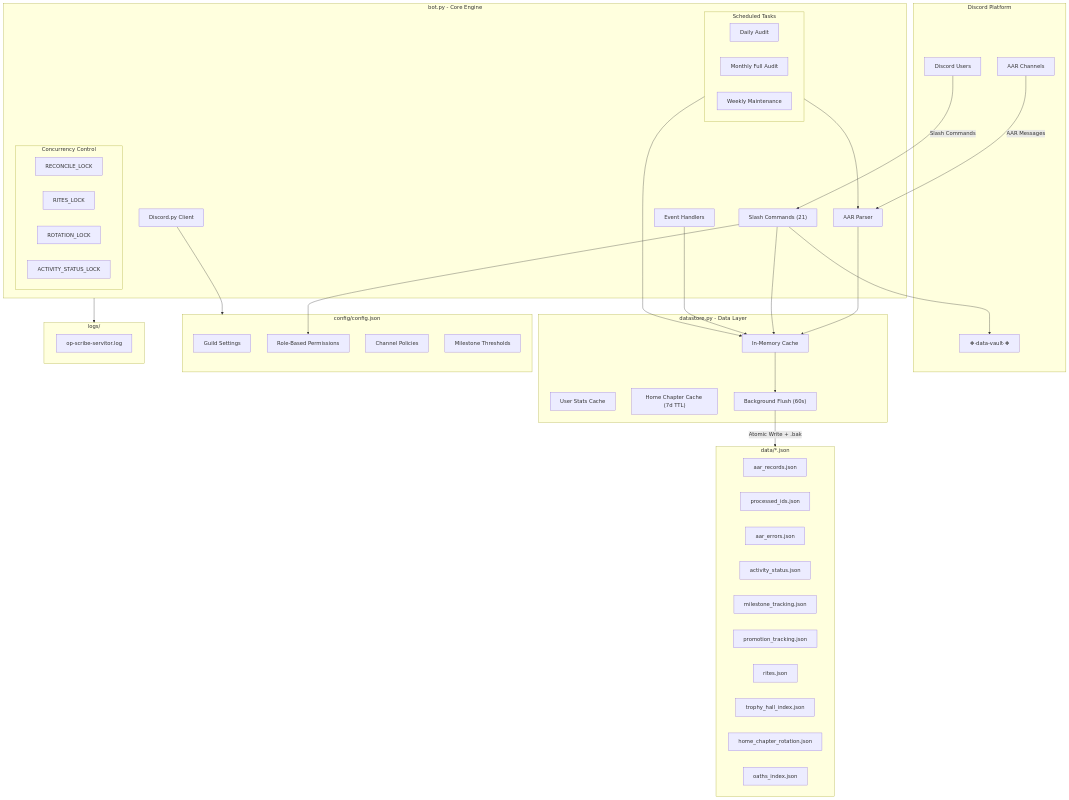
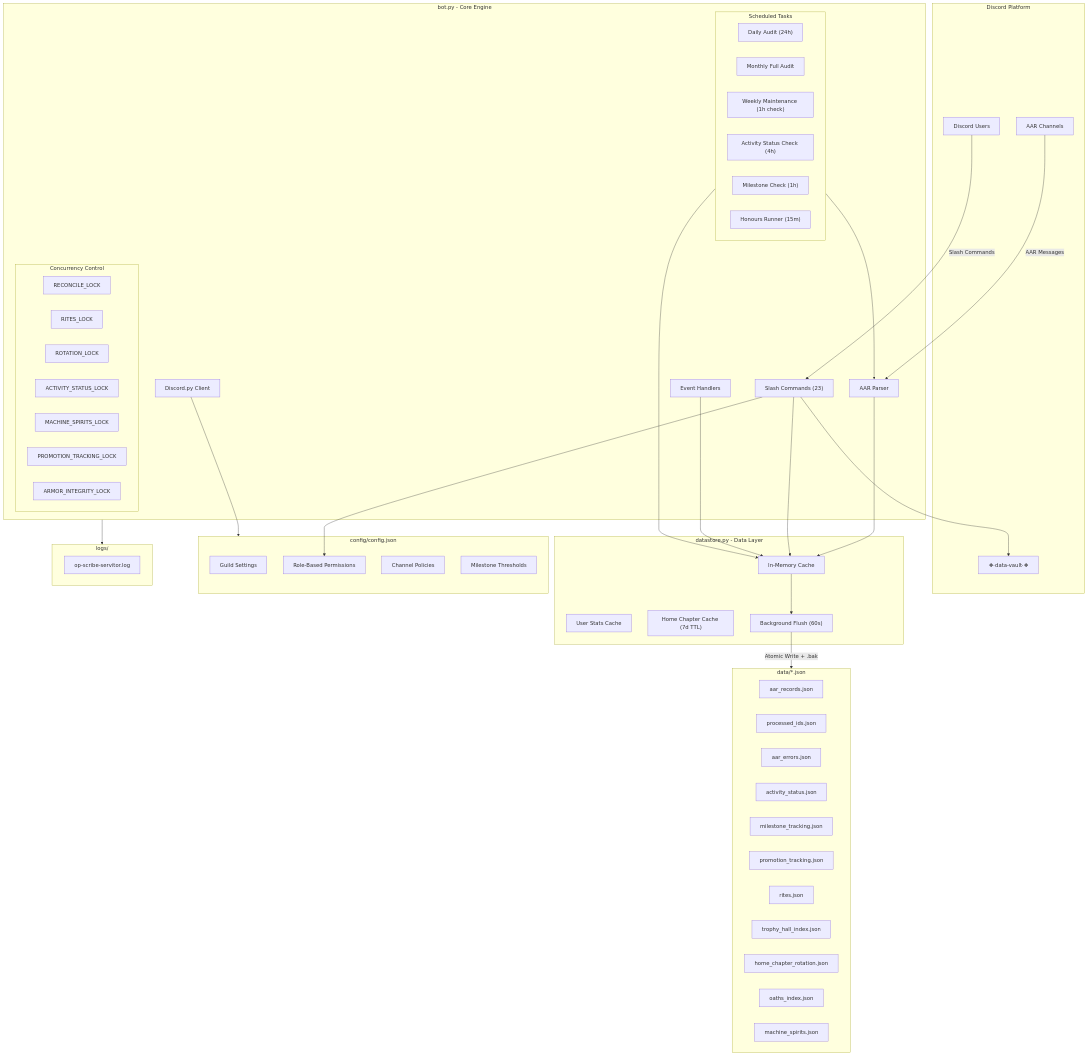
Before and after one commit to wfj-dev/op-scribe-servitor: the diagram in ARCHITECTURE.md, drawn with Mermaid. The commit also changed other lines of this file and 2 other files, not shown here.

First line of the commit message:
fix: armor_status command not responding

```diff
--- a/ARCHITECTURE.md
+++ b/ARCHITECTURE.md
@@ -10,13 +10,16 @@
 
     subgraph Bot["bot.py - Core Engine"]
         Client["Discord.py Client"]
-        Commands["Slash Commands (21)"]
+        Commands["Slash Commands (23)"]
         Events["Event Handlers"]
         
         subgraph Tasks["Scheduled Tasks"]
-            DailyAudit["Daily Audit"]
+            DailyAudit["Daily Audit (24h)"]
             MonthlyAudit["Monthly Full Audit"]
-            WeeklyMaint["Weekly Maintenance"]
+            WeeklyMaint["Weekly Maintenance (1h check)"]
+            ActivityCheck["Activity Status Check (4h)"]
+            MilestoneCheck["Milestone Check (1h)"]
+            HonoursRunner["Honours Runner (15m)"]
         end
         
         subgraph Locks["Concurrency Control"]
@@ -24,6 +27,9 @@
             RitesLock["RITES_LOCK"]
             RotationLock["ROTATION_LOCK"]
             ActivityLock["ACTIVITY_STATUS_LOCK"]
+            MachineLock["MACHINE_SPIRITS_LOCK"]
+            PromotionLock["PROMOTION_TRACKING_LOCK"]
+            ArmorLock["ARMOR_INTEGRITY_LOCK"]
         end
         
         Parser["AAR Parser"]
@@ -54,6 +60,7 @@
         TrophyHall["trophy_hall_index.json"]
         HomeRotation["home_chapter_rotation.json"]
         Oaths["oaths_index.json"]
+        MachineSpirits["machine_spirits.json"]
     end
 
     subgraph Logging["logs/"]
```
